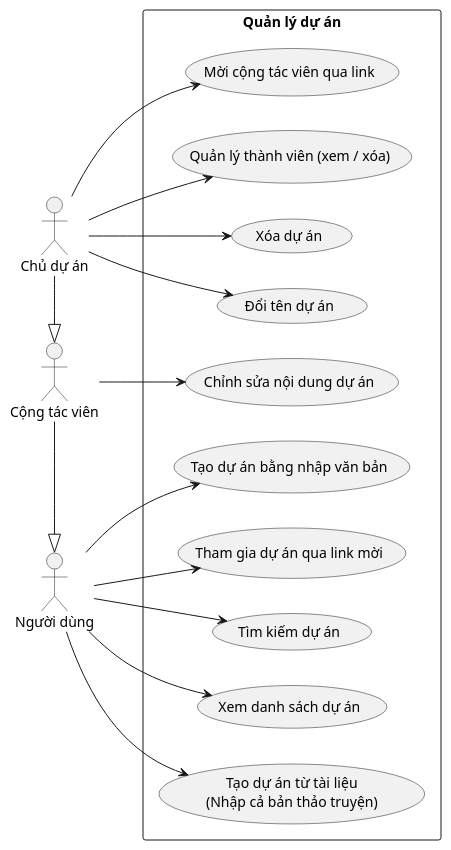
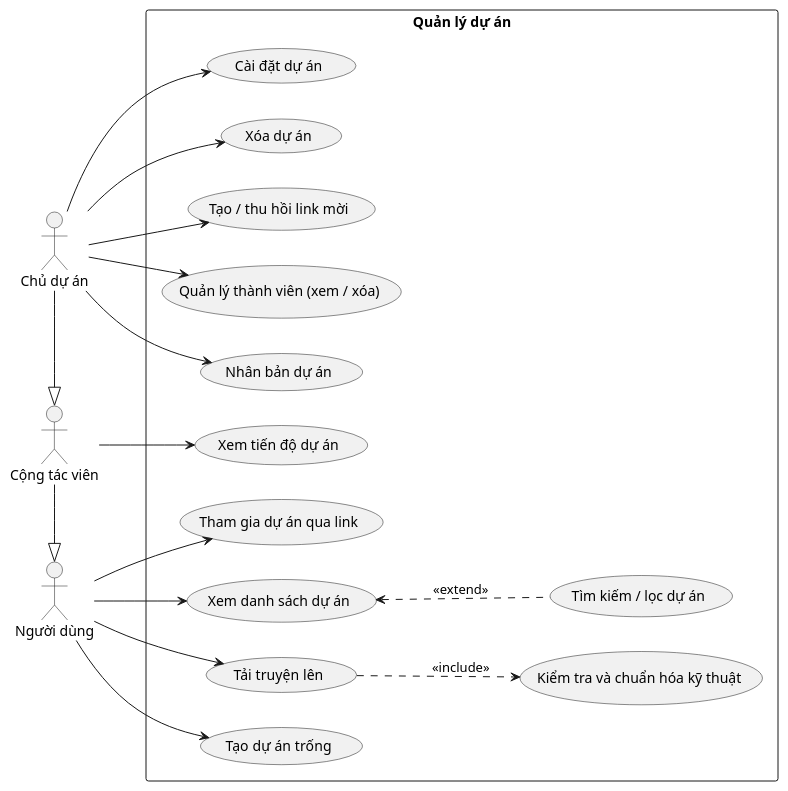
The diagram in docs/bieu-do-uc/bieu-do-uc-chi-tiet/setup/quan-ly-du-an.puml (202416852-anhpv/story2video-docs), drawn with PlantUML before and after one commit. The commit also changed 1 other file, not shown here.

```diff
--- a/docs/bieu-do-uc/bieu-do-uc-chi-tiet/setup/quan-ly-du-an.puml
+++ b/docs/bieu-do-uc/bieu-do-uc-chi-tiet/setup/quan-ly-du-an.puml
@@ -1,37 +1,40 @@
 @startuml quan-ly-du-an
 left to right direction
 
 actor "Người dùng" as User
 actor "Cộng tác viên" as Editor
 actor "Chủ dự án" as Owner
 
 Editor -|> User
 Owner -|> Editor
 
 rectangle "Quản lý dự án" {
-    usecase "Xóa dự án" as UC_01
-    usecase "Đổi tên dự án" as UC_02
-    usecase "Tìm kiếm dự án" as UC_03
-    usecase "Xem danh sách dự án" as UC_04
-    usecase "Tạo dự án từ tài liệu\n(Nhập cả bản thảo truyện)" as UC_05
-    usecase "Tạo dự án bằng nhập văn bản" as UC_06
-    usecase "Mời cộng tác viên qua link" as UC_07
+    usecase "Xem danh sách dự án" as UC_01
+    usecase "Tìm kiếm / lọc dự án" as UC_02
+    usecase "Tải truyện lên" as UC_03
+    usecase "Kiểm tra và chuẩn hóa kỹ thuật" as UC_03a
+    usecase "Tạo dự án trống" as UC_04
+    usecase "Cài đặt dự án" as UC_05
+    usecase "Xóa dự án" as UC_06
+    usecase "Tạo / thu hồi link mời" as UC_07
     usecase "Quản lý thành viên (xem / xóa)" as UC_08
-    usecase "Tham gia dự án qua link mời" as UC_09
-    usecase "Chỉnh sửa nội dung dự án" as UC_11
+    usecase "Tham gia dự án qua link" as UC_09
+    usecase "Xem tiến độ dự án" as UC_10
+    usecase "Nhân bản dự án" as UC_11
 }
 
+User --> UC_01
+UC_01 <.. UC_02 : <<extend>>
 User --> UC_03
+UC_03 ..> UC_03a : <<include>>
 User --> UC_04
-User --> UC_05
-User --> UC_06
+Owner --> UC_05
+Owner --> UC_06
+Owner --> UC_07
+Owner --> UC_08
 User --> UC_09
 
-Editor --> UC_11
-
-Owner --> UC_01
-Owner --> UC_02
-Owner --> UC_07
-Owner --> UC_08
+Editor --> UC_10
+Owner --> UC_11
 
 @enduml
```
